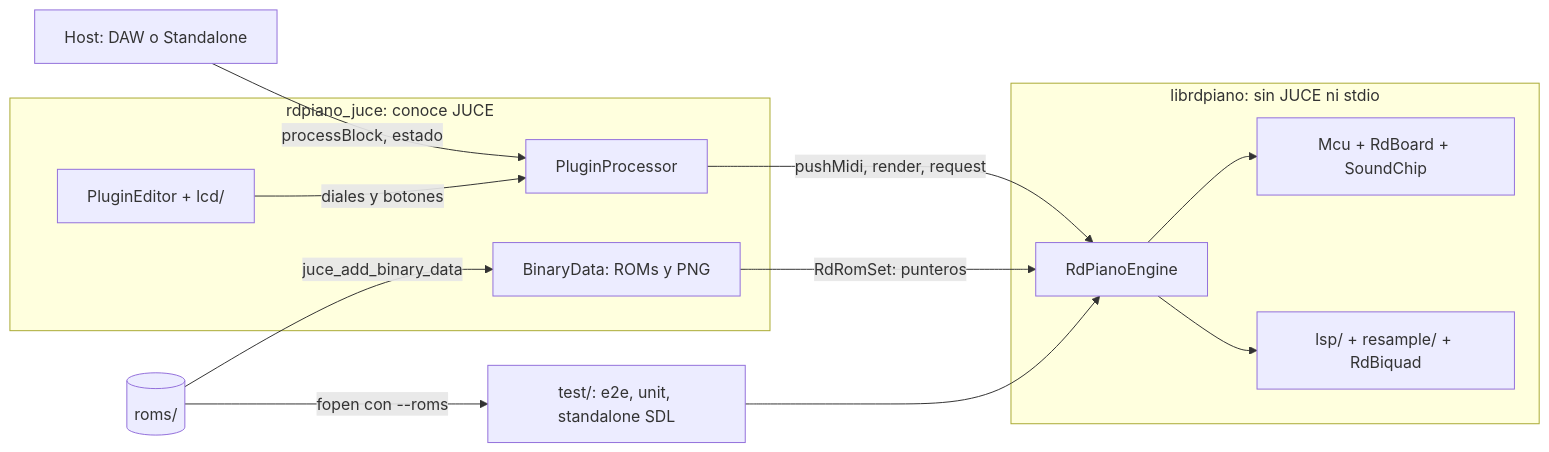
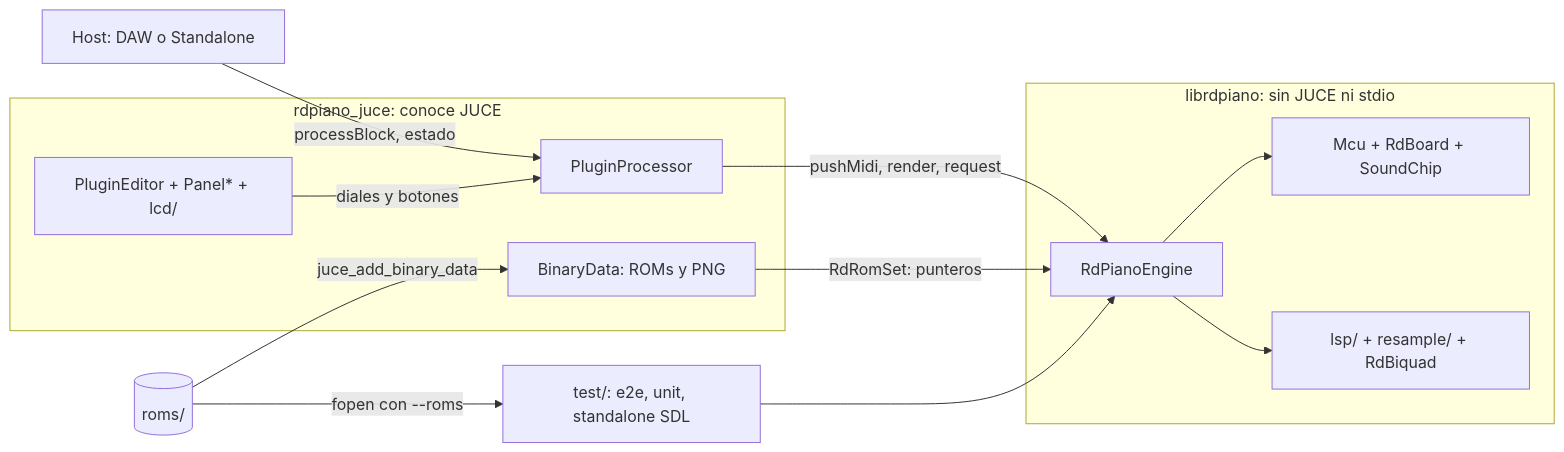
One commit to claudiodevia/rdpiano changed the first of 12 diagrams in docs/ARQUITECTURA.md. Above: the diagram before and after it, drawn with Mermaid. The commit also changed other lines of this file and 24 other files, not shown here.

````diff
--- a/docs/ARQUITECTURA.md
+++ b/docs/ARQUITECTURA.md
@@ -48,25 +48,25 @@
 ```mermaid
 flowchart LR
     host["Host: DAW o Standalone"]
     subgraph plugin["rdpiano_juce: conoce JUCE"]
         proc["PluginProcessor"]
-        ed["PluginEditor + lcd/"]
+        ed["PluginEditor + Panel* + lcd/"]
         bin["BinaryData: ROMs y PNG"]
     end
     subgraph core["librdpiano: sin JUCE ni stdio"]
         eng["RdPianoEngine"]
         emu["Mcu + RdBoard + SoundChip"]
         dsp["lsp/ + resample/ + RdBiquad"]
     end
     roms[("roms/")]
     tests["test/: e2e, unit, standalone SDL"]
     host -- "processBlock, estado" --> proc
     ed -- "diales y botones" --> proc
     proc -- "pushMidi, render, request" --> eng
     roms -- "juce_add_binary_data" --> bin
     bin -- "RdRomSet: punteros" --> eng
     roms -- "fopen con --roms" --> tests
     tests --> eng
     eng --> emu
     eng --> dsp
 ```
````
